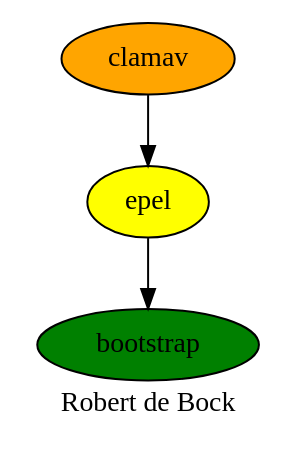
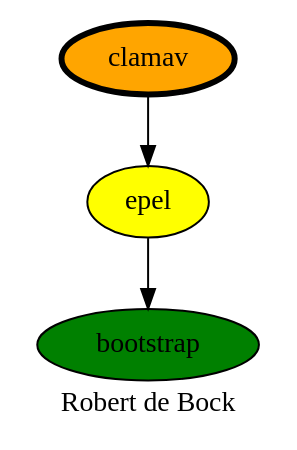
One commit to robertdebock/robertdebock.github.io changed the diagram in clamav.dot. Above: the diagram before and after it, drawn with Graphviz. The commit also changed 24 other files, not shown here.

```diff
--- a/clamav.dot
+++ b/clamav.dot
@@ -1,11 +1,11 @@
 digraph PhiloDilemma {
   label = "Robert de Bock" ;
   overlap=false
   {
     bootstrap [fillcolor=green style=filled]
-    clamav [fillcolor=orange style=filled]
+    clamav [fillcolor=orange style=filled penwidth=3]
     epel [fillcolor=yellow style=filled]
   }
   epel -> bootstrap
   clamav -> epel
 }
```
